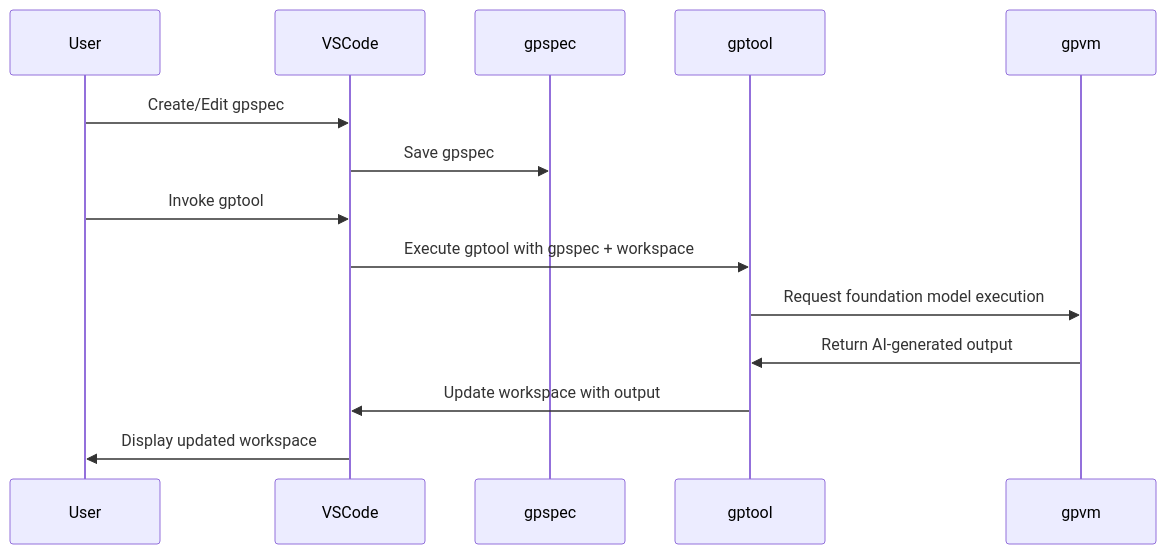
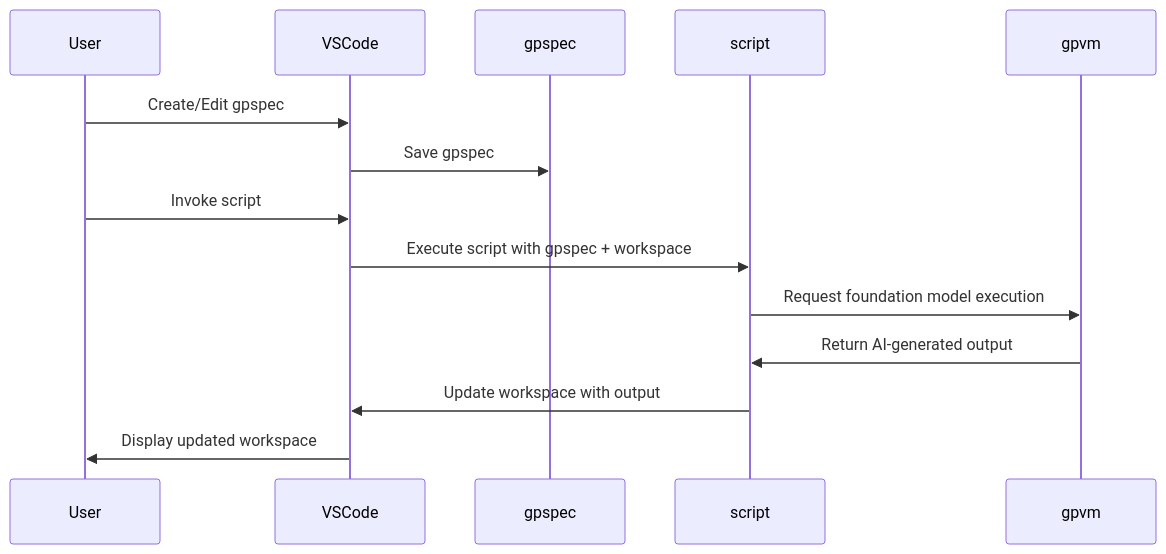
One commit to microsoft/genaiscript changed the diagram in docs/vscode.md. Above: the diagram before and after it, drawn with Mermaid. The commit also changed other lines of this file and 258 other files, not shown here.

````diff
--- a/docs/vscode.md
+++ b/docs/vscode.md
@@ -8,16 +8,16 @@
 ```mermaid
 sequenceDiagram
 participant User
 participant VSCode
 participant gpspec
-participant gptool
+participant script
 participant gpvm
 User->>VSCode: Create/Edit gpspec
 VSCode->>gpspec: Save gpspec
-User->>VSCode: Invoke gptool
-VSCode->>gptool: Execute gptool with gpspec + workspace
-gptool->>gpvm: Request foundation model execution
-gpvm->>gptool: Return AI-generated output
-gptool->>VSCode: Update workspace with output
+User->>VSCode: Invoke script
+VSCode->>script: Execute script with gpspec + workspace
+script->>gpvm: Request foundation model execution
+gpvm->>script: Return AI-generated output
+script->>VSCode: Update workspace with output
 VSCode->>User: Display updated workspace
 ```
````
